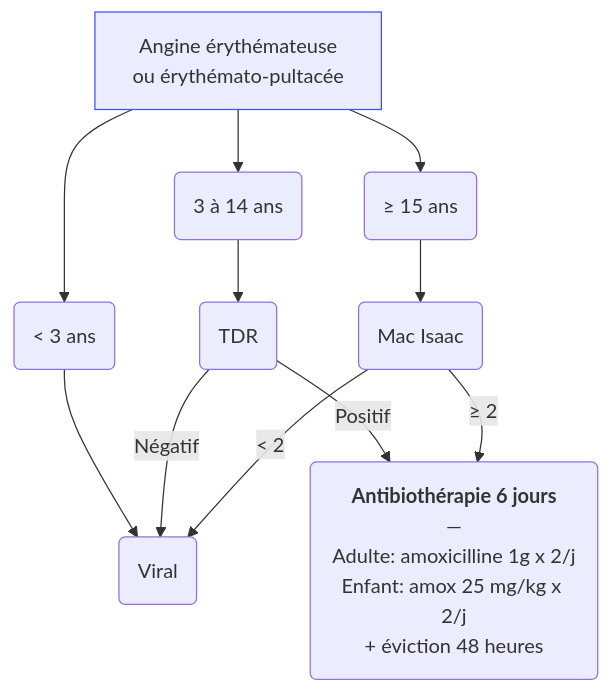
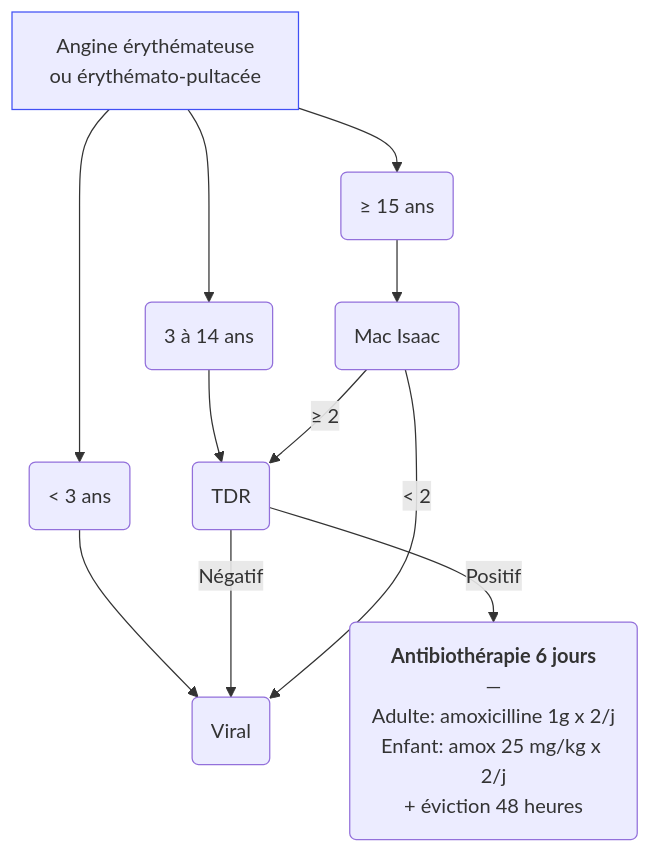
One commit to djibe/recommandations-medicales changed the diagram in content/recommandations/angine.md. Above: the diagram before and after it, drawn with Mermaid. The commit also changed other lines of this file, not shown here.

Commit message:
Fix: Tonsillitis flowchart error

```diff
--- a/content/recommandations/angine.md
+++ b/content/recommandations/angine.md
@@ -250,9 +250,9 @@
 {{< mermaid title="Prise en charge de l'angine selon le tableau clinique. Dr JB Fron d'après GPIP 2023, SPILF/HAS 2016 et HAS 2021" >}}
 graph TB
   angine[Angine érythémateuse<br>ou érythémato-pultacée] --> moins3("&lt; 3 ans") --> viral(Viral)
   style angine stroke:#4150f5, stroke-width:1px
     angine --> 314ans(3 à 14 ans) --> TDR(TDR) -- Positif --> ATB("<b>Antibiothérapie 6 jours</b><br>—<br>Adulte: amoxicilline 1g x 2/j<br>Enfant: amox 25 mg/kg x 2/j<br>+ éviction 48 heures")
       TDR -- Négatif --> viral
-    angine --> 15plus("≥ 15 ans") --> score(Mac Isaac) -- "≥ 2" --> ATB
+    angine --> 15plus("≥ 15 ans") --> score(Mac Isaac) -- "≥ 2" --> TDR
       score -- "&lt; 2" --> viral
 {{< /mermaid >}}
```
